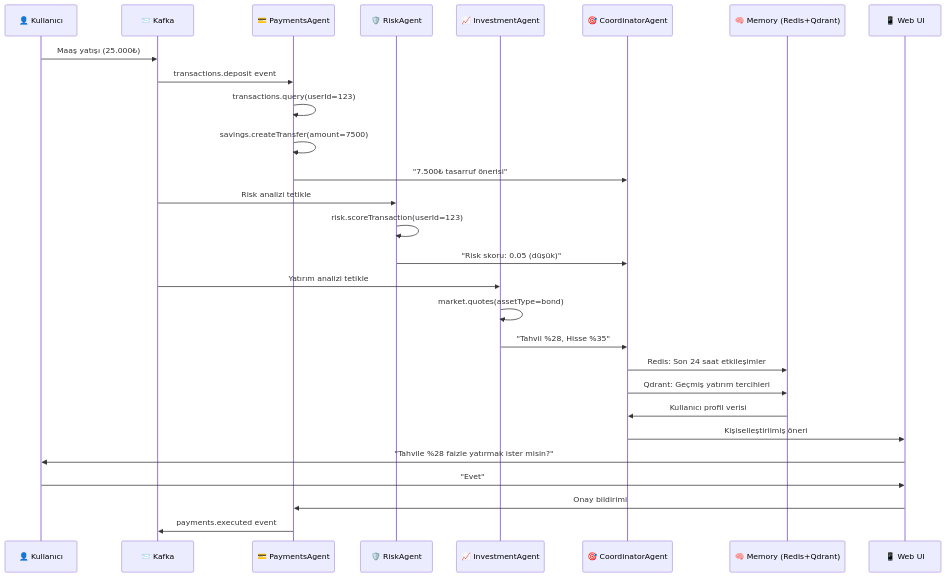
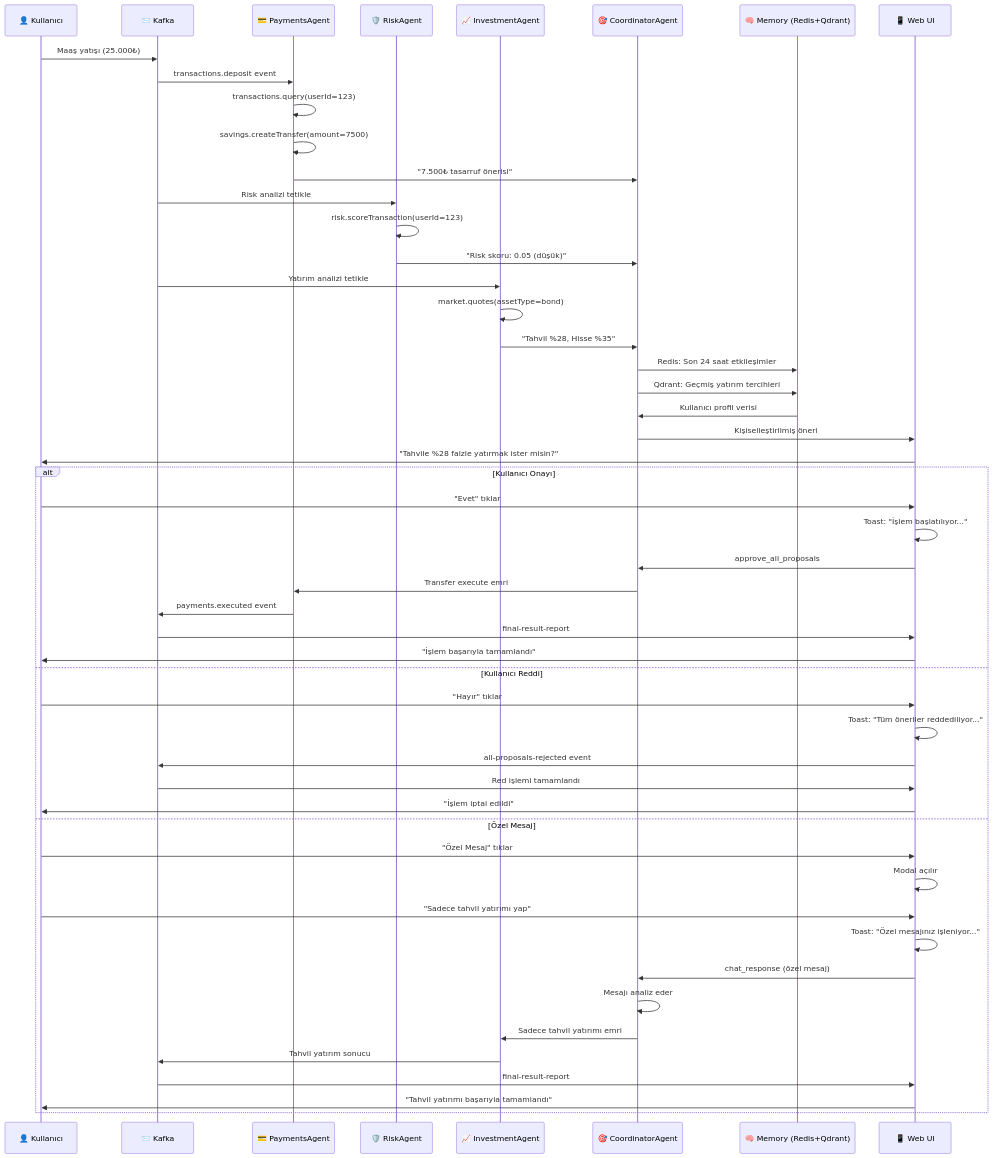
Before and after one commit to epazar20/financial-agentic-ai: the first of 3 diagrams in PRD_DEPOSIT.md, drawn with Mermaid. The commit also changed other lines of this file and 1 other file, not shown here.

Commit message:
feat: Kullanıcı etkileşim senaryoları ve onay süreçleri güncellendi

````diff
--- a/PRD_DEPOSIT.md
+++ b/PRD_DEPOSIT.md
@@ -123,35 +123,59 @@
 ```mermaid
 sequenceDiagram
     participant U as 👤 Kullanıcı
     participant K as 📨 Kafka
     participant P as 💳 PaymentsAgent
     participant R as 🛡️ RiskAgent
     participant I as 📈 InvestmentAgent
     participant C as 🎯 CoordinatorAgent
     participant M as 🧠 Memory (Redis+Qdrant)
     participant UI as 📱 Web UI
 
     U->>K: Maaş yatışı (25.000₺)
     K->>P: transactions.deposit event
     P->>P: transactions.query(userId=123)
     P->>P: savings.createTransfer(amount=7500)
     P->>C: "7.500₺ tasarruf önerisi"
     
     K->>R: Risk analizi tetikle
     R->>R: risk.scoreTransaction(userId=123)
     R->>C: "Risk skoru: 0.05 (düşük)"
     
     K->>I: Yatırım analizi tetikle
     I->>I: market.quotes(assetType=bond)
     I->>C: "Tahvil %28, Hisse %35"
     
     C->>M: Redis: Son 24 saat etkileşimler
     C->>M: Qdrant: Geçmiş yatırım tercihleri
     M->>C: Kullanıcı profil verisi
     
     C->>UI: Kişiselleştirilmiş öneri
     UI->>U: "Tahvile %28 faizle yatırmak ister misin?"
-    U->>UI: "Evet"
-    UI->>P: Onay bildirimi
-    P->>K: payments.executed event
+    
+    alt Kullanıcı Onayı
+        U->>UI: "Evet" tıklar
+        UI->>UI: Toast: "İşlem başlatılıyor..."
+        UI->>C: approve_all_proposals
+        C->>P: Transfer execute emri
+        P->>K: payments.executed event
+        K->>UI: final-result-report
+        UI->>U: "İşlem başarıyla tamamlandı"
+    else Kullanıcı Reddi
+        U->>UI: "Hayır" tıklar
+        UI->>UI: Toast: "Tüm öneriler reddediliyor..."
+        UI->>K: all-proposals-rejected event
+        K->>UI: Red işlemi tamamlandı
+        UI->>U: "İşlem iptal edildi"
+    else Özel Mesaj
+        U->>UI: "Özel Mesaj" tıklar
+        UI->>UI: Modal açılır
+        U->>UI: "Sadece tahvil yatırımı yap"
+        UI->>UI: Toast: "Özel mesajınız işleniyor..."
+        UI->>C: chat_response (özel mesaj)
+        C->>C: Mesajı analiz eder
+        C->>I: Sadece tahvil yatırımı emri
+        I->>K: Tahvil yatırım sonucu
+        K->>UI: final-result-report
+        UI->>U: "Tahvil yatırımı başarıyla tamamlandı"
+    end
 ```
````
